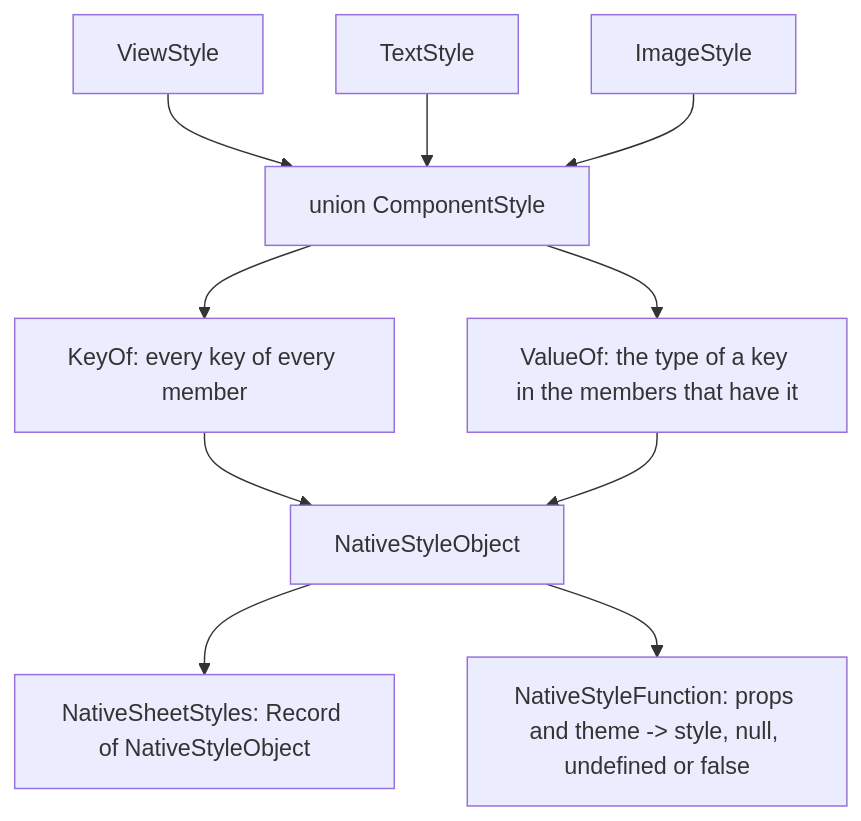
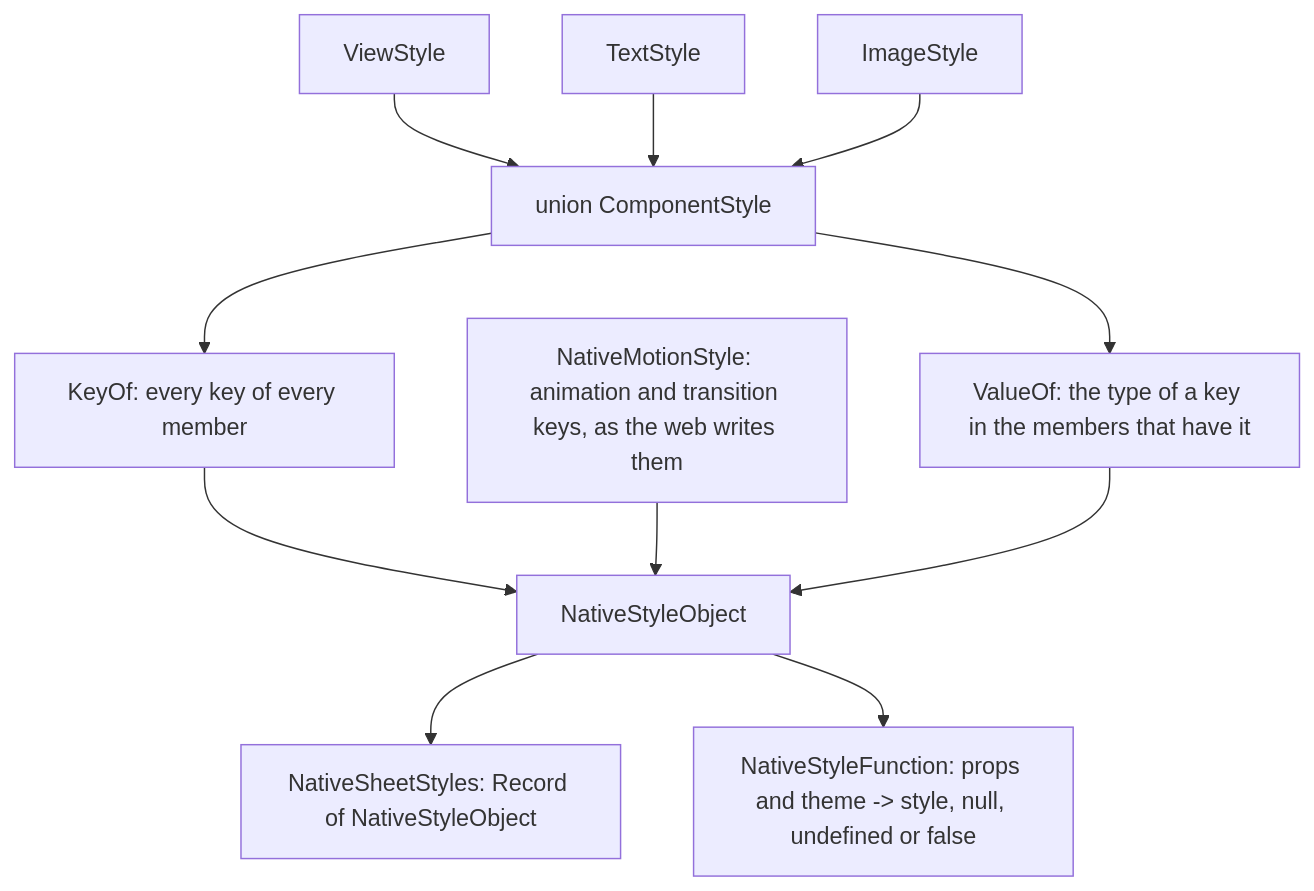
The diagram in packages/react-native/src/nativeStyle.md (soroush-tech/umber-style), drawn with Mermaid before and after one commit. The commit also changed other lines of this file and 93 other files, not shown here.

````diff
--- a/packages/react-native/src/nativeStyle.md
+++ b/packages/react-native/src/nativeStyle.md
@@ -18,12 +19,13 @@
 ```mermaid
 flowchart TD
   v["ViewStyle"] --> u["union ComponentStyle"]
   tx["TextStyle"] --> u
   im["ImageStyle"] --> u
   u --> keys["KeyOf: every key of every member"]
   u --> vals["ValueOf: the type of a key in the members that have it"]
   keys --> nso["NativeStyleObject"]
+  motionKeys["NativeMotionStyle: animation and transition keys, as the web writes them"] --> nso
   vals --> nso
   nso --> sheet["NativeSheetStyles: Record of NativeStyleObject"]
   nso --> fn["NativeStyleFunction: props and theme -> style, null, undefined or false"]
 ```
````
